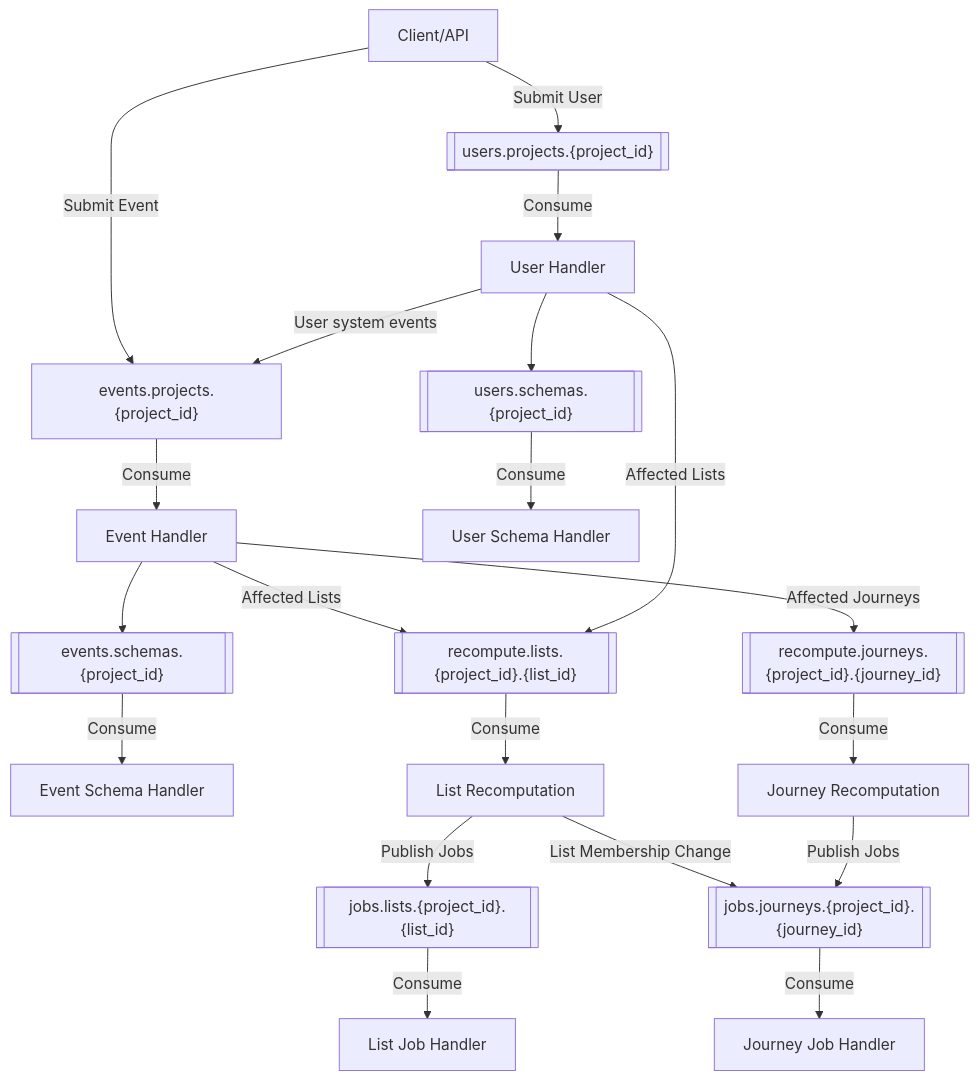
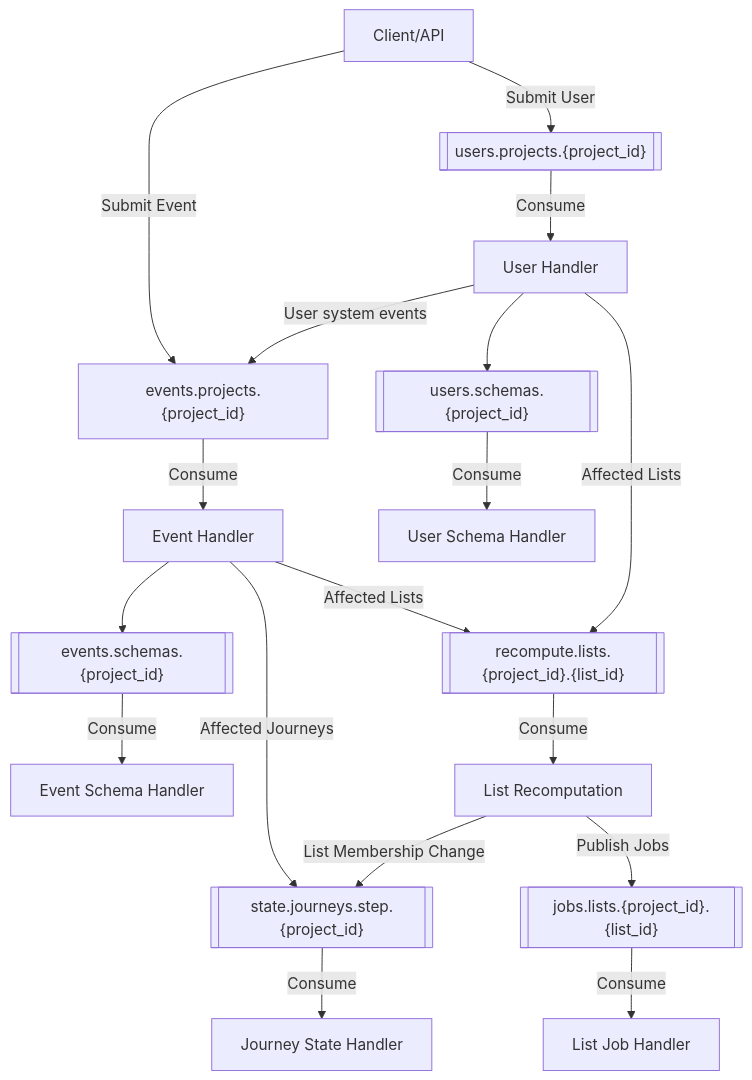
One commit to lunogram/platform changed the diagram in services/nexus/internal/pubsub/README.md. Above: the diagram before and after it, drawn with Mermaid. The commit also changed 25 other files, not shown here.

````diff
--- a/services/nexus/internal/pubsub/README.md
+++ b/services/nexus/internal/pubsub/README.md
@@ -11,35 +11,33 @@
 ```mermaid
 graph TB
     Client[Client/API] -->|Submit Event| EventSubject["events.projects.{project_id}"]
     Client -->|Submit User| UserSubject[["users.projects.{project_id}"]]
 
     EventSubject -->|Consume| EventHandler["Event Handler"]
     UserSubject -->|Consume| UserHandler["User Handler"]
 
     %% Schema publishing
     EventHandler --> EventSchemaSubject[["events.schemas.{project_id}"]]
     UserHandler --> UserSchemaSubject[["users.schemas.{project_id}"]]
 
     %% Recompute triggers from events
     EventHandler -->|Affected Lists| ListSubject[["recompute.lists.{project_id}.{list_id}"]]
-    EventHandler -->|Affected Journeys| JourneySubject[["recompute.journeys.{project_id}.{journey_id}"]]
+    EventHandler -->|Affected Journeys| JourneySubject[["state.journeys.step.{project_id}"]]
 
     %% Recompute triggers from users
     UserHandler -->|Affected Lists| ListSubject
     UserHandler -->|User system events| EventSubject
 
     %% Schema handlers
     EventSchemaSubject -->|Consume| EventSchemaHandler["Event Schema Handler"]
     UserSchemaSubject -->|Consume| UserSchemaHandler["User Schema Handler"]
 
     ListSubject -->|Consume| ListRecompute["List Recomputation"]
-    JourneySubject -->|Consume| JourneyRecompute["Journey Recomputation"]
+    JourneySubject -->|Consume| JourneyState["Journey State"]
 
     ListRecompute -->|Publish Jobs| ListJobSubject[["jobs.lists.{project_id}.{list_id}"]]
-    ListRecompute -->|List Membership Change| JourneyJobSubject[["jobs.journeys.{project_id}.{journey_id}"]]
-
-    JourneyRecompute -->|Publish Jobs| JourneyJobSubject
+    ListRecompute -->|List Membership Change| JourneySubject
 
     ListJobSubject -->|Consume| ListJobHandler["List Job Handler"]
-    JourneyJobSubject -->|Consume| JourneyJobHandler["Journey Job Handler"]
+    JourneyState["Journey State Handler"]
 ```
````
